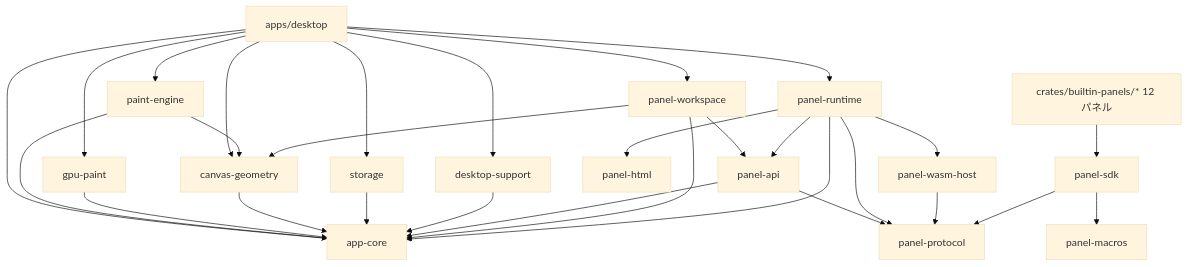
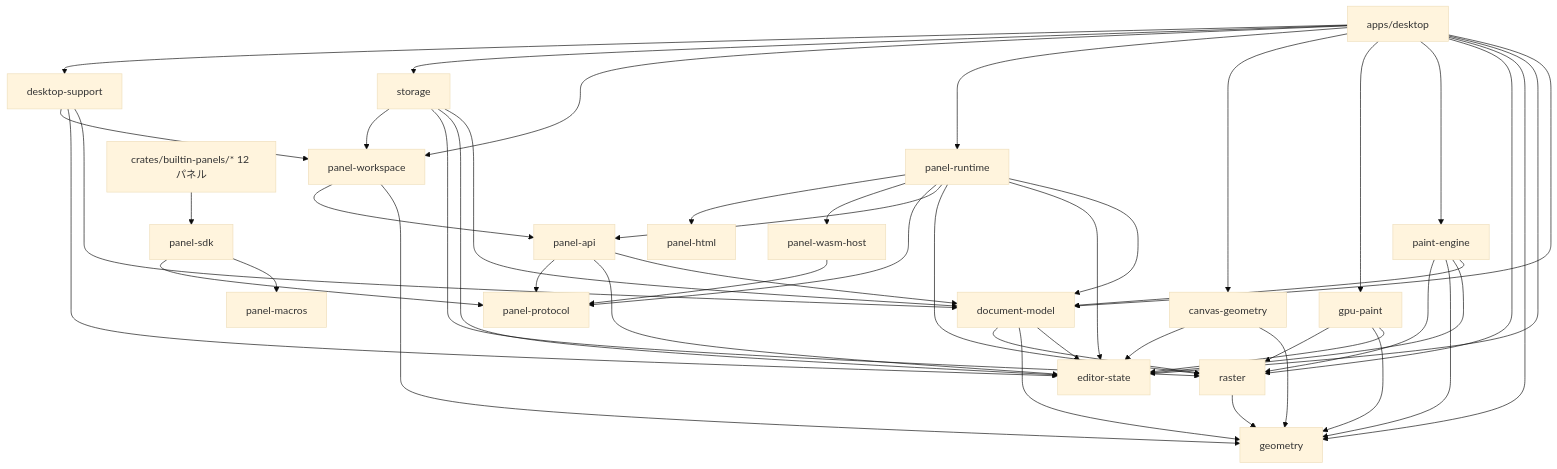
The first of 2 diagrams in docs/MODULE_DEPENDENCIES.md (gitdmnt/altpaint), drawn with Mermaid (base theme) before and after one commit. The commit also changed other lines of this file and 3 other files, not shown here.

````diff
--- a/docs/MODULE_DEPENDENCIES.md
+++ b/docs/MODULE_DEPENDENCIES.md
@@ -76,36 +87,58 @@
 ```mermaid
 graph TD
-    desktop[apps/desktop] --> appcore[app-core]
+    geometry[geometry]
+    raster[raster] --> geometry
+    editorstate[editor-state]
+    docmodel[document-model] --> editorstate
+    docmodel --> geometry
+    docmodel --> raster
+
+    desktop[apps/desktop] --> docmodel
+    desktop --> editorstate
+    desktop --> geometry
+    desktop --> raster
     desktop --> paintengine[paint-engine]
     desktop --> gpupaint[gpu-paint]
     desktop --> canvasgeo[canvas-geometry]
     desktop --> panelruntime[panel-runtime]
     desktop --> panelws[panel-workspace]
     desktop --> storage[storage]
     desktop --> dsupport[desktop-support]
 
-    paintengine --> appcore
-    paintengine --> canvasgeo
-    gpupaint --> appcore
-    canvasgeo --> appcore
-    storage --> appcore
-    dsupport --> appcore
-    panelapi[panel-api] --> appcore
+    paintengine --> docmodel
+    paintengine --> editorstate
+    paintengine --> geometry
+    paintengine --> raster
+    gpupaint --> editorstate
+    gpupaint --> geometry
+    gpupaint --> raster
+    canvasgeo --> geometry
+    canvasgeo --> editorstate
+    storage --> docmodel
+    storage --> editorstate
+    storage --> raster
+    storage --> panelws
+    dsupport --> docmodel
+    dsupport --> editorstate
+    dsupport --> panelws
+    panelapi[panel-api] --> docmodel
+    panelapi --> editorstate
     panelapi --> protocol[panel-protocol]
 
-    panelws --> appcore
+    panelws --> geometry
     panelws --> panelapi
-    panelws --> canvasgeo
 
-    panelruntime --> appcore
+    panelruntime --> docmodel
+    panelruntime --> editorstate
+    panelruntime --> raster
     panelruntime --> panelapi
-    panelruntime --> protocol[panel-protocol]
+    panelruntime --> protocol
     panelruntime --> wasmhost[panel-wasm-host]
     panelruntime --> phtml[panel-html]
 
     wasmhost --> protocol
     panelsdk[panel-sdk] --> pmacros[panel-macros]
     panelsdk --> protocol
 
     panels[crates/builtin-panels/* 12 パネル] --> panelsdk
 ```
````
